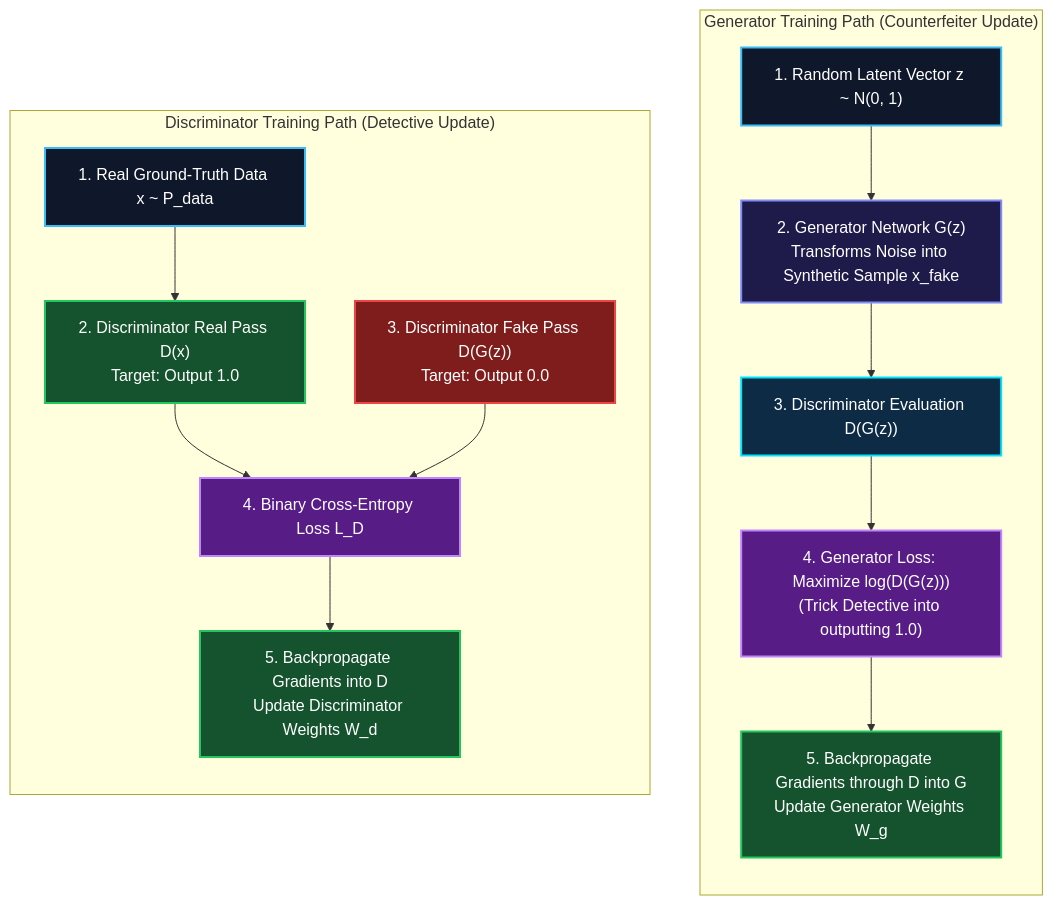
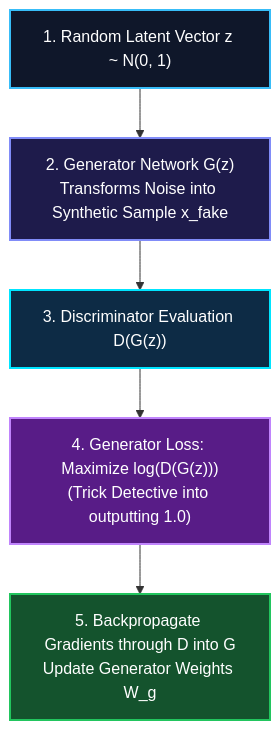
Before and after one commit to narenandu/narenvadapalli_dot_com: the second of 2 diagrams in contents/blog/0078-generative-adversarial-networks-gans-counterfeiter-detective-minimax/index.md, drawn with Mermaid. The commit also changed other lines of this file, not shown here.

Commit message:
fix(blog-0078): fix math equation rendering and update Mermaid diagrams layout

````diff
--- a/contents/blog/0078-generative-adversarial-networks-gans-counterfeiter-detective-minimax/index.md
+++ b/contents/blog/0078-generative-adversarial-networks-gans-counterfeiter-detective-minimax/index.md
@@ -54,39 +76,16 @@
 ```mermaid
 flowchart TD
-    direction TB
+    NOISE["1. Random Latent Vector z ~ N(0, 1)"]
+    GEN["2. Generator Network G(z)<br/>Transforms Noise into Synthetic Sample x_fake"]
+    DISC_EVAL["3. Discriminator Evaluation D(G(z))"]
+    GEN_LOSS["4. Generator Loss: Maximize log(D(G(z)))<br/>(Trick Detective into outputting 1.0)"]
+    GEN_BACKPROP["5. Backpropagate Gradients through D into G<br/>Update Generator Weights W_g"]
 
-    subgraph GenPath ["Generator Training Path (Counterfeiter Update)"]
-        direction TB
-        NOISE["1. Random Latent Vector z ~ N(0, 1)"]
-        GEN["2. Generator Network G(z)<br/>Transforms Noise into Synthetic Sample x_fake"]
-        DISC_EVAL["3. Discriminator Evaluation D(G(z))"]
-        GEN_LOSS["4. Generator Loss: Maximize log(D(G(z)))<br/>(Trick Detective into outputting 1.0)"]
-        GEN_BACKPROP["5. Backpropagate Gradients through D into G<br/>Update Generator Weights W_g"]
-
-        NOISE --> GEN --> DISC_EVAL --> GEN_LOSS --> GEN_BACKPROP
-    end
-
-    subgraph DiscPath ["Discriminator Training Path (Detective Update)"]
-        direction TB
-        REAL_DATA["1. Real Ground-Truth Data x ~ P_data"]
-        DISC_REAL["2. Discriminator Real Pass D(x)<br/>Target: Output 1.0"]
-        DISC_FAKE["3. Discriminator Fake Pass D(G(z))<br/>Target: Output 0.0"]
-        DISC_LOSS["4. Binary Cross-Entropy Loss L_D"]
-        DISC_BACKPROP["5. Backpropagate Gradients into D<br/>Update Discriminator Weights W_d"]
-
-        REAL_DATA --> DISC_REAL --> DISC_LOSS
-        DISC_FAKE --> DISC_LOSS --> DISC_BACKPROP
-    end
+    NOISE --> GEN --> DISC_EVAL --> GEN_LOSS --> GEN_BACKPROP
 
     style NOISE fill:#0f172a,stroke:#38bdf8,stroke-width:2px,color:#ffffff
     style GEN fill:#1e1b4b,stroke:#818cf8,stroke-width:2px,color:#ffffff
     style DISC_EVAL fill:#0d2b45,stroke:#00e5ff,stroke-width:2px,color:#ffffff
     style GEN_LOSS fill:#581c87,stroke:#c084fc,stroke-width:2px,color:#ffffff
     style GEN_BACKPROP fill:#14532d,stroke:#22c55e,stroke-width:2px,color:#ffffff
-
-    style REAL_DATA fill:#0f172a,stroke:#38bdf8,stroke-width:2px,color:#ffffff
-    style DISC_REAL fill:#14532d,stroke:#22c55e,stroke-width:2px,color:#ffffff
-    style DISC_FAKE fill:#7f1d1d,stroke:#ef4444,stroke-width:2px,color:#ffffff
-    style DISC_LOSS fill:#581c87,stroke:#c084fc,stroke-width:2px,color:#ffffff
-    style DISC_BACKPROP fill:#14532d,stroke:#22c55e,stroke-width:2px,color:#ffffff
 ```
````
